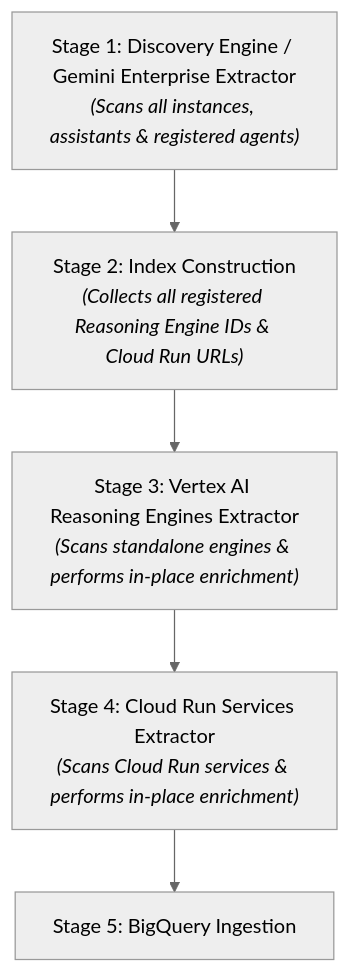
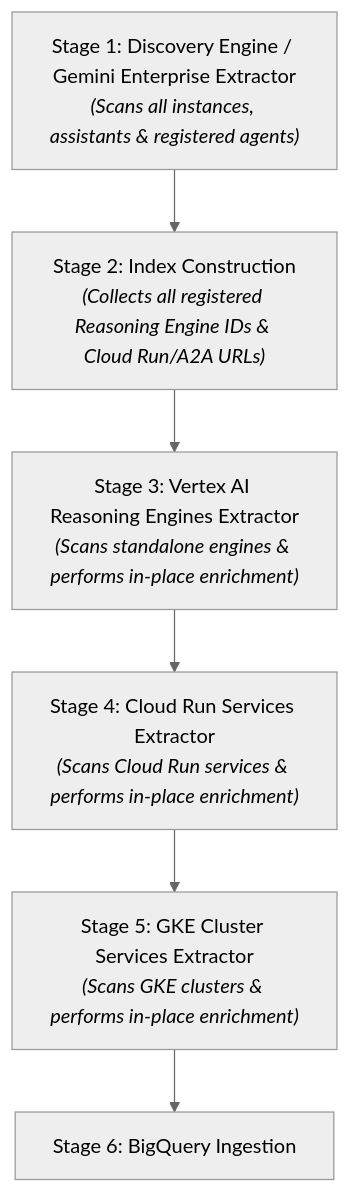
The diagram in EXTRACTION_ARCHITECTURE.md (caugusto/GE-Agent-Info-Extractor), drawn with Mermaid (neutral theme) before and after one commit. The commit also changed other lines of this file, not shown here.

Commit message:
Update EXTRACTION_ARCHITECTURE.md with Stage 5 GKE Cluster Services Extractor

````diff
--- a/EXTRACTION_ARCHITECTURE.md
+++ b/EXTRACTION_ARCHITECTURE.md
@@ -11,7 +11,8 @@
 ```mermaid
 graph TD
-    A["Stage 1: Discovery Engine / Gemini Enterprise Extractor<br><i>(Scans all instances, assistants & registered agents)</i>"] --> B["Stage 2: Index Construction<br><i>(Collects all registered Reasoning Engine IDs & Cloud Run URLs)</i>"]
+    A["Stage 1: Discovery Engine / Gemini Enterprise Extractor<br><i>(Scans all instances, assistants & registered agents)</i>"] --> B["Stage 2: Index Construction<br><i>(Collects all registered Reasoning Engine IDs & Cloud Run/A2A URLs)</i>"]
     B --> C["Stage 3: Vertex AI Reasoning Engines Extractor<br><i>(Scans standalone engines & performs in-place enrichment)</i>"]
     C --> D["Stage 4: Cloud Run Services Extractor<br><i>(Scans Cloud Run services & performs in-place enrichment)</i>"]
-    D --> E["Stage 5: BigQuery Ingestion"]
+    D --> E["Stage 5: GKE Cluster Services Extractor<br><i>(Scans GKE clusters & performs in-place enrichment)</i>"]
+    E --> F["Stage 6: BigQuery Ingestion"]
 ```
````
